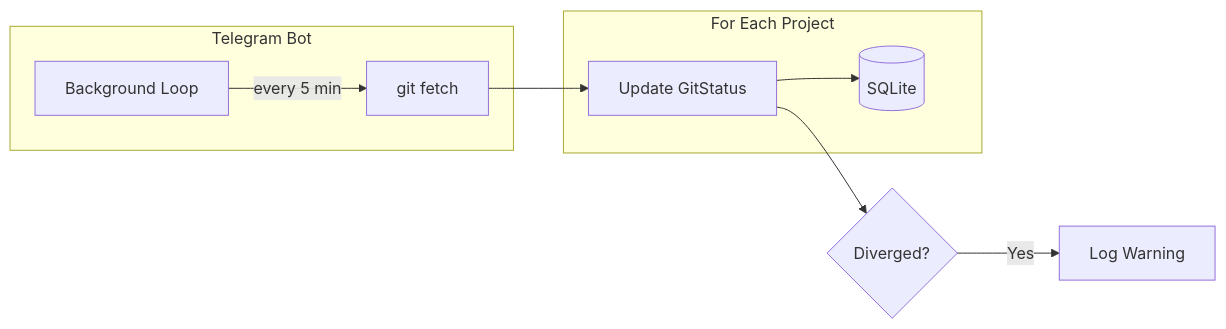
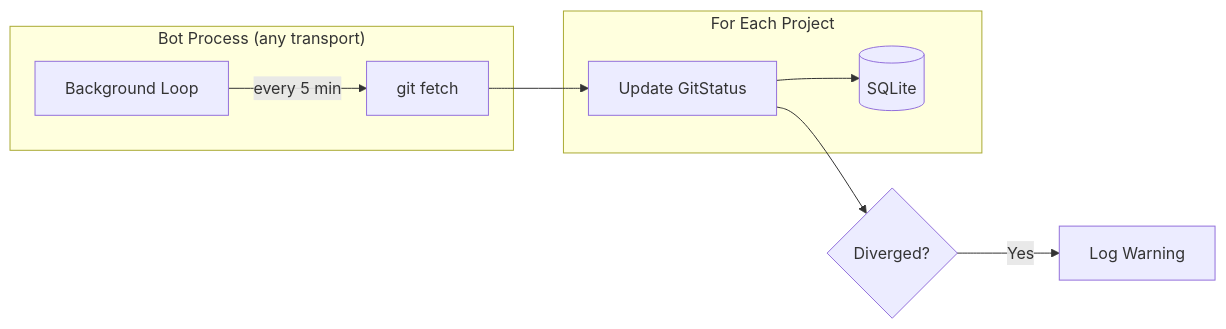
Diagram 18 of 18 in README.md (carrotly-ai/gluon-agent), drawn with Mermaid before and after one commit. The commit also changed other lines of this file and 18 other files, not shown here.

````diff
--- a/README.md
+++ b/README.md
@@ -608,15 +944,15 @@
 ```mermaid
 flowchart LR
-    subgraph "Telegram Bot"
+    subgraph "Bot Process (any transport)"
         LOOP[Background Loop]
         LOOP -->|every 5 min| FETCH
     end
 
     subgraph "For Each Project"
         FETCH[git fetch] --> STATUS[Update GitStatus]
         STATUS --> DB[(SQLite)]
     end
 
     STATUS --> WARN{Diverged?}
     WARN -->|Yes| LOG[Log Warning]
 ```
````
